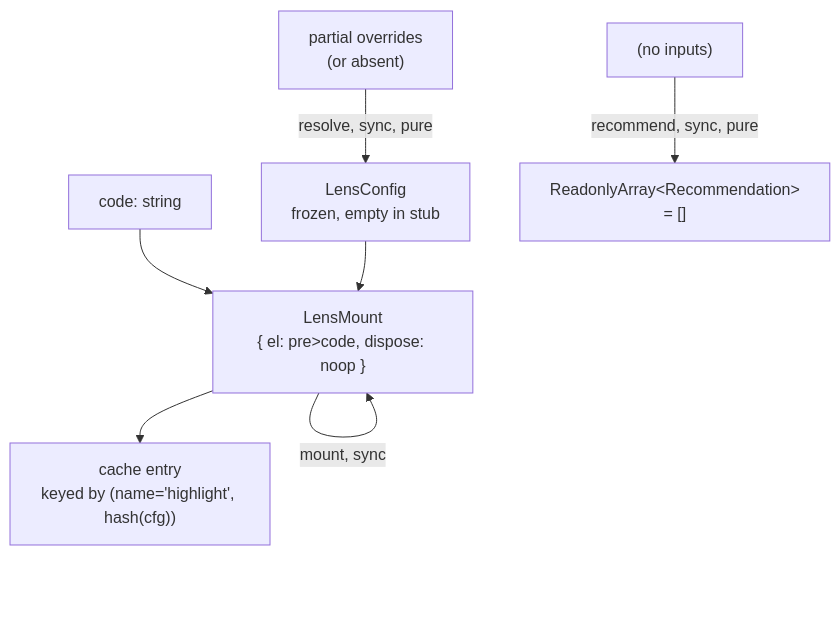
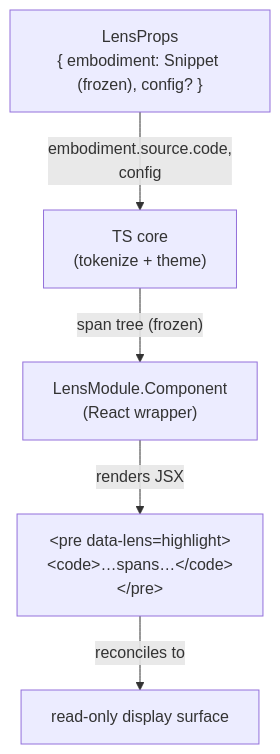
The diagram in src/lib/welcome-to-programming/just-enough/javascript/lenses/highlight/DOCS.md (codeschoolinabox/curricula), drawn with Mermaid before and after one commit. The commit also changed other lines of this file and 7 other files, not shown here.

````diff
--- a/src/lib/welcome-to-programming/just-enough/javascript/lenses/highlight/DOCS.md
+++ b/src/lib/welcome-to-programming/just-enough/javascript/lenses/highlight/DOCS.md
@@ -83,9 +36,8 @@
 ```mermaid
 flowchart TD
-    Overrides["partial overrides<br/>(or absent)"] -->|"resolve, sync, pure"| Cfg["LensConfig<br/>frozen, empty in stub"]
-    Code["code: string"] --> Mounted
-    Cfg --> Mounted["LensMount<br/>{ el: pre&gt;code, dispose: noop }"]
-    Mounted -->|"mount, sync"| Mounted
-    Mounted --> CacheKey["cache entry<br/>keyed by (name='highlight', hash(cfg))"]
-    NoInput["(no inputs)"] -->|"recommend, sync, pure"| Empty["ReadonlyArray&lt;Recommendation&gt;<br/>= []"]
+    LensProps["LensProps<br/>{ embodiment: Snippet (frozen), config? }"]
+    LensProps -->|"embodiment.source.code,<br/>config"| Core["TS core<br/>(tokenize + theme)"]
+    Core -->|"span tree (frozen)"| Component["LensModule.Component<br/>(React wrapper)"]
+    Component -->|"renders JSX"| DOM["&lt;pre data-lens=highlight&gt;<br/>&lt;code&gt;…spans…&lt;/code&gt;<br/>&lt;/pre&gt;"]
+    DOM -->|"reconciles to"| Browser["read-only display surface"]
 ```
````
